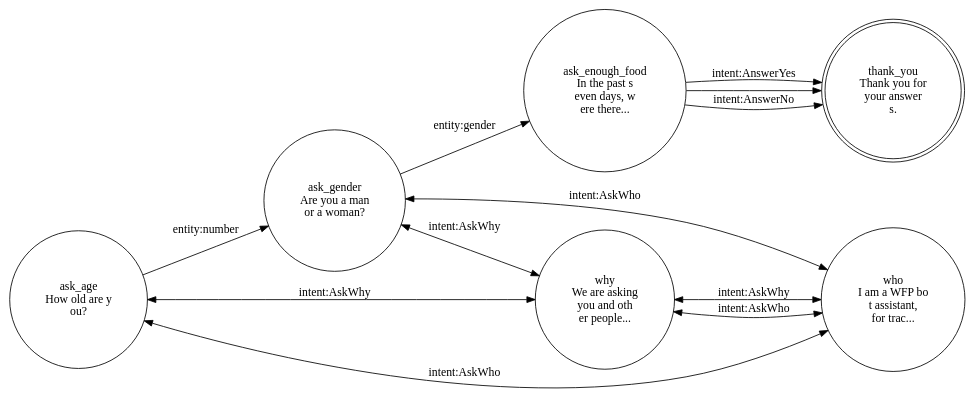
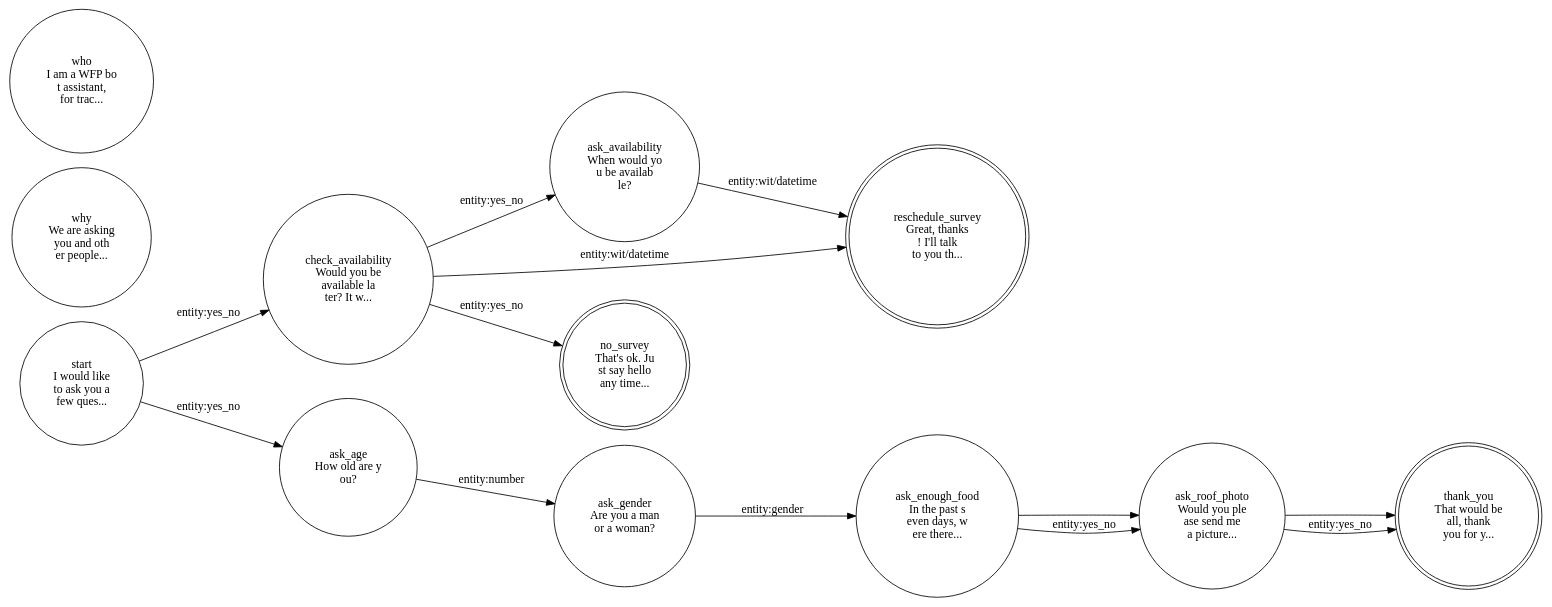
One commit to instedd/mvam-chatbot changed the diagram in data/survey.dot. Above: the diagram before and after it, drawn with Graphviz. The commit also changed 3 other files, not shown here.

Commit message:
Fix in flow diagram generation

```diff
--- a/data/survey.dot
+++ b/data/survey.dot
@@ -1,41 +1,72 @@
 digraph survey_flow {
 	rankdir=LR;
 	size="40";
+	start [ label = "start
+I would like 
+to ask you a
+ few ques...
+", shape = circle ];
+	check_availability [ label = "check_availability
+Would you be 
+available la
+ter? It w...
+", shape = circle ];
+	ask_availability [ label = "ask_availability
+When would yo
+u be availab
+le?", shape = circle ];
+	reschedule_survey [ label = "reschedule_survey
+Great, thanks
+! I'll talk 
+to you th...
+", shape = doublecircle ];
+	no_survey [ label = "no_survey
+That's ok. Ju
+st say hello
+ any time...
+", shape = doublecircle ];
 	ask_age [ label = "ask_age
 How old are y
 ou?", shape = circle ];
 	ask_gender [ label = "ask_gender
 Are you a man
  or a woman?
 ", shape = circle ];
 	ask_enough_food [ label = "ask_enough_food
 In the past s
 even days, w
 ere there...
 ", shape = circle ];
+	ask_roof_photo [ label = "ask_roof_photo
+Would you ple
+ase send me 
+a picture...
+", shape = circle ];
 	thank_you [ label = "thank_you
-Thank you for
- your answer
-s.", shape = doublecircle ];
+That would be
+ all, thank 
+you for y...
+", shape = doublecircle ];
 	why [ label = "why
 We are asking
  you and oth
 er people...
 ", shape = circle ];
 	who [ label = "who
 I am a WFP bo
 t assistant,
  for trac...
 ", shape = circle ];
+	start -> ask_age [ label = "entity:yes_no", dir = forward ];
+	start -> check_availability [ label = "entity:yes_no", dir = forward ];
+	check_availability -> ask_availability [ label = "entity:yes_no", dir = forward ];
+	check_availability -> no_survey [ label = "entity:yes_no", dir = forward ];
+	check_availability -> reschedule_survey [ label = "entity:wit/datetime", dir = forward ];
+	ask_availability -> reschedule_survey [ label = "entity:wit/datetime", dir = forward ];
 	ask_age -> ask_gender [ label = "entity:number", dir = forward ];
-	ask_age -> why [ label = "intent:AskWhy", dir = both ];
-	ask_age -> who [ label = "intent:AskWho", dir = both ];
 	ask_gender -> ask_enough_food [ label = "entity:gender", dir = forward ];
-	ask_gender -> why [ label = "intent:AskWhy", dir = both ];
-	ask_gender -> who [ label = "intent:AskWho", dir = both ];
-	ask_enough_food -> thank_you [ label = "", dir = forward ];
-	ask_enough_food -> thank_you [ label = "intent:AnswerNo", dir = forward ];
-	ask_enough_food -> thank_you [ label = "intent:AnswerYes", dir = forward ];
-	why -> who [ label = "intent:AskWho", dir = both ];
-	who -> why [ label = "intent:AskWhy", dir = both ];
+	ask_enough_food -> ask_roof_photo [ label = "", dir = forward ];
+	ask_enough_food -> ask_roof_photo [ label = "entity:yes_no", dir = forward ];
+	ask_roof_photo -> thank_you [ label = "", dir = forward ];
+	ask_roof_photo -> thank_you [ label = "entity:yes_no", dir = forward ];
 }
```
